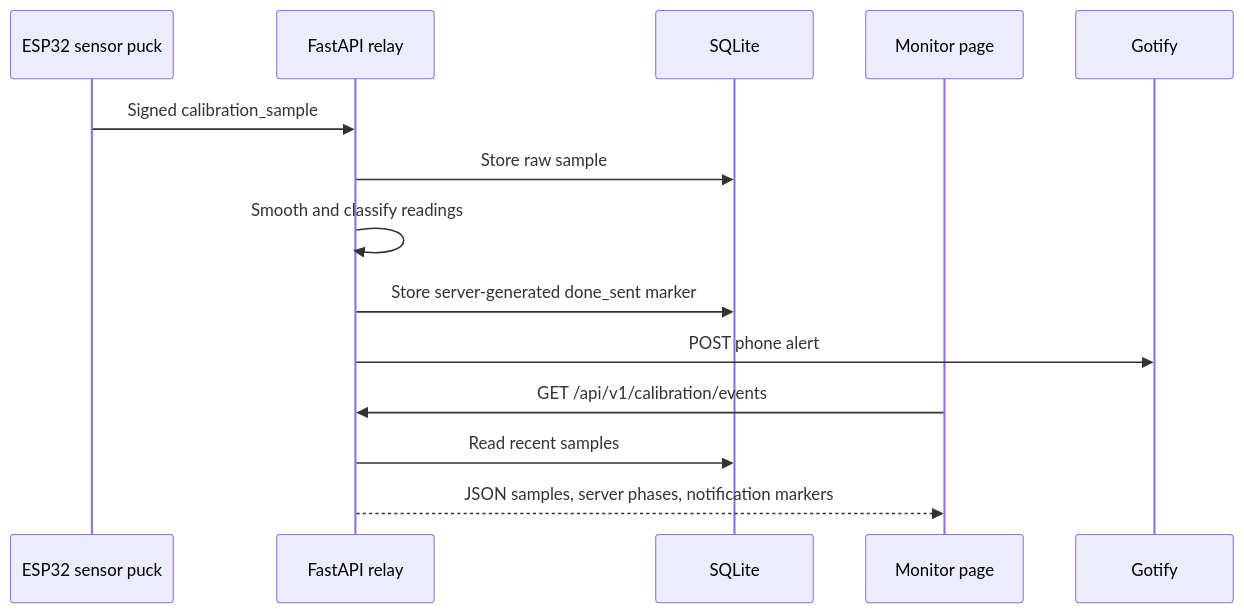
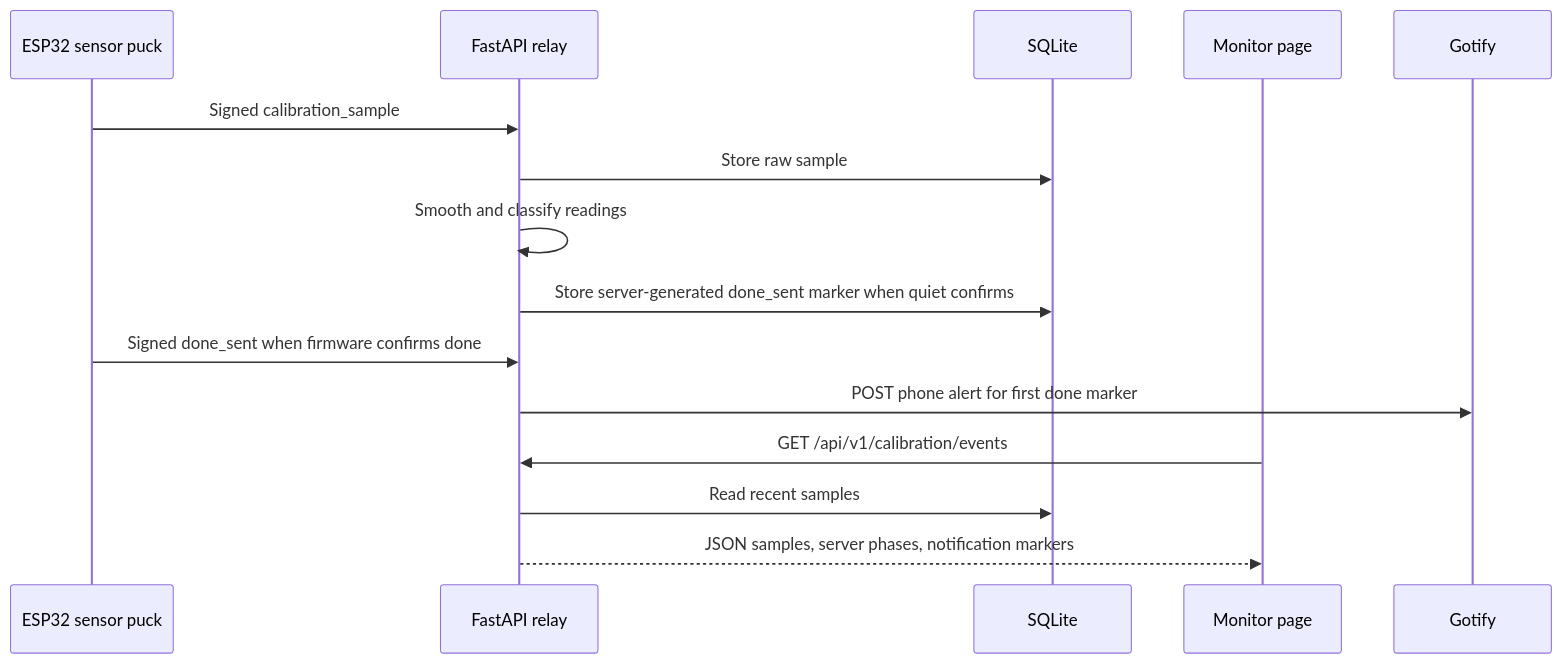
The fourth of 4 diagrams in docs/architecture.md (boscacci/laundry-done), drawn with Mermaid before and after one commit. The commit also changed 8 other files, not shown here.

Commit message:
Send firmware done notifications explicitly

````diff
--- a/docs/architecture.md
+++ b/docs/architecture.md
@@ -48,16 +48,17 @@
 ```mermaid
 sequenceDiagram
   participant Sensor as ESP32 sensor puck
   participant Relay as FastAPI relay
   participant Db as SQLite
   participant Browser as Monitor page
   participant Gotify as Gotify
   Sensor->>Relay: Signed calibration_sample
   Relay->>Db: Store raw sample
   Relay->>Relay: Smooth and classify readings
-  Relay->>Db: Store server-generated done_sent marker
-  Relay->>Gotify: POST phone alert
+  Relay->>Db: Store server-generated done_sent marker when quiet confirms
+  Sensor->>Relay: Signed done_sent when firmware confirms done
+  Relay->>Gotify: POST phone alert for first done marker
   Browser->>Relay: GET /api/v1/calibration/events
   Relay->>Db: Read recent samples
   Relay-->>Browser: JSON samples, server phases, notification markers
 ```
````
